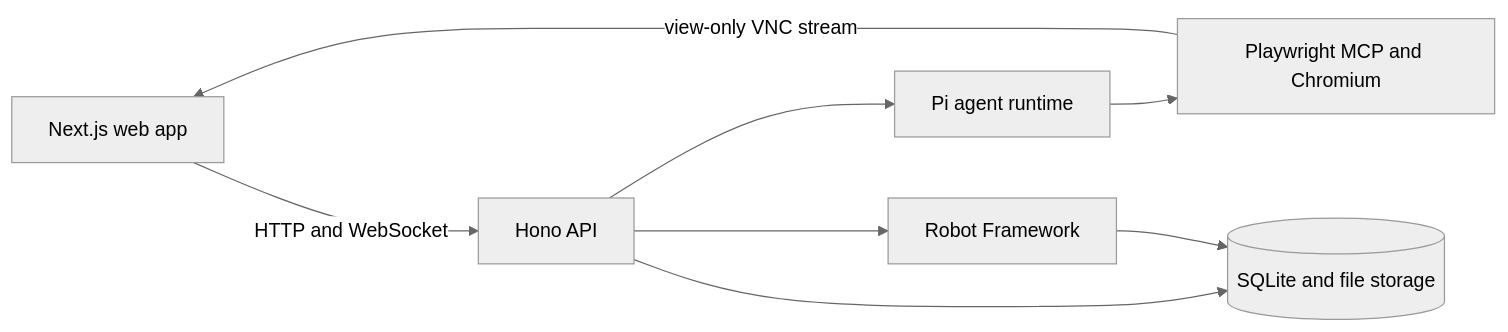
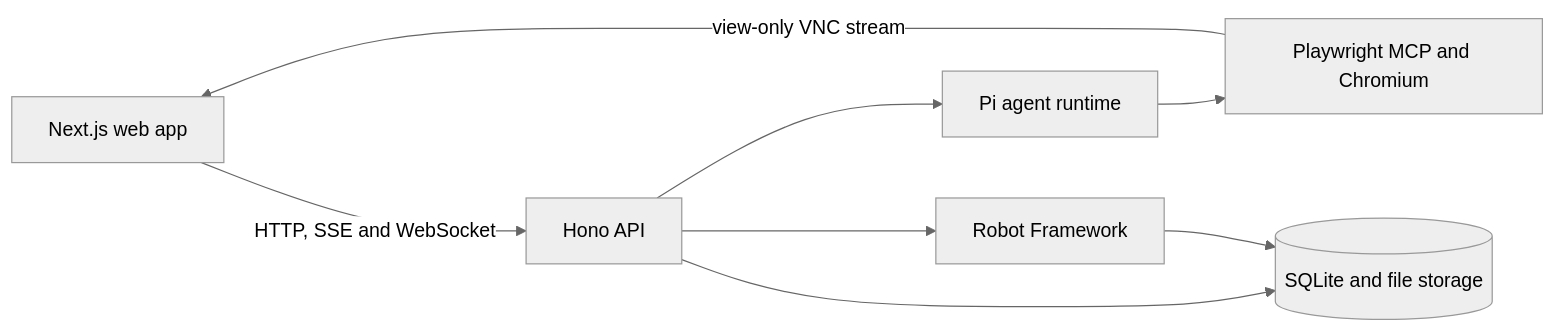
Before and after one commit to gustavo-ferreira03/specbook: the diagram in README.md, drawn with Mermaid (neutral theme). The commit also changed other lines of this file and 4 other files, not shown here.

````diff
--- a/README.md
+++ b/README.md
@@ -64,10 +85,10 @@
 ```mermaid
 flowchart LR
-    UI[Next.js web app] -->|HTTP and WebSocket| API[Hono API]
+    UI[Next.js web app] -->|HTTP, SSE and WebSocket| API[Hono API]
     API --> Agent[Pi agent runtime]
     Agent --> Browser[Playwright MCP and Chromium]
     Browser -->|view-only VNC stream| UI
     API --> Runner[Robot Framework]
     API --> Store[(SQLite and file storage)]
     Runner --> Store
 ```
````
